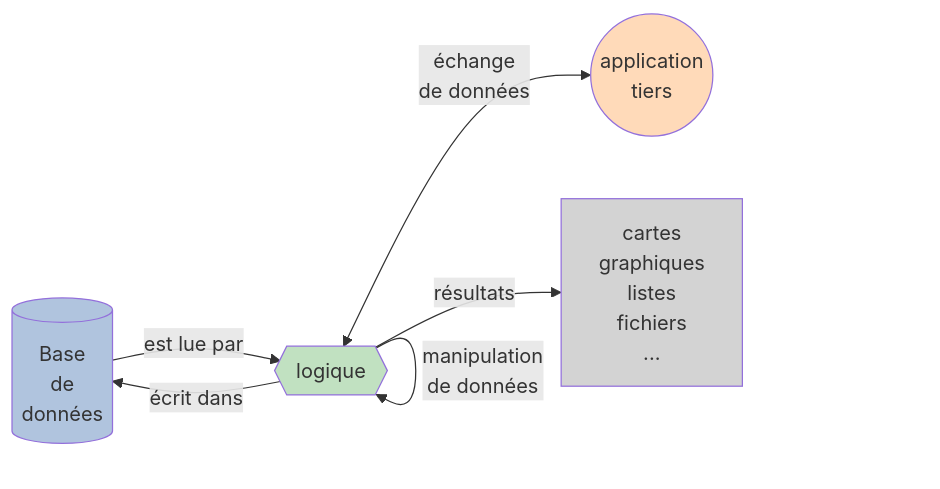
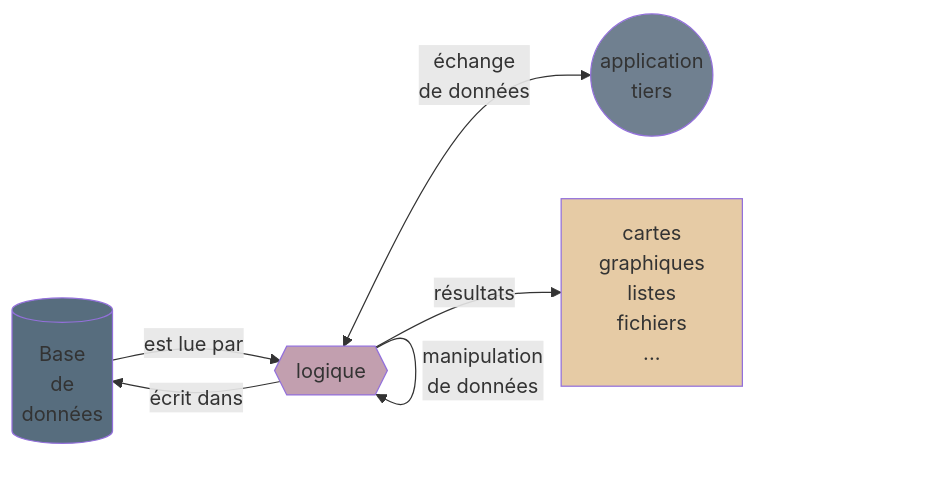
One commit to zoometh/thomashuet changed the first of 2 diagrams in profiles/arcam-traject/README.md. Above: the diagram before and after it, drawn with Mermaid.

````diff
--- a/profiles/arcam-traject/README.md
+++ b/profiles/arcam-traject/README.md
@@ -107,12 +107,12 @@
 ```mermaid
 flowchart LR
     A[(Base<br>de<br>données)]:::semantic -- est lue par --> B{{logique}}:::logic;
     B -- "écrit dans" --> A;
     B -- manipulation<br>de données --> B;
     B <-- "échange<br>de données" --> C((application<br>tiers)):::third;
     B -- résultats --> D[cartes<br>graphiques<br>listes<br>fichiers<br>...]:::output;;
-    classDef semantic fill:#B0C4DE;
-    classDef logic fill:#C1E1C1;
-    classDef third fill:#FFDAB9;
-    classDef output fill:#D3D3D3;
+    classDef semantic fill:#576D7E;
+    classDef logic fill:#C29FAF;
+    classDef third fill:#708090;
+    classDef output fill:#E6CBA5;
 ```
````
